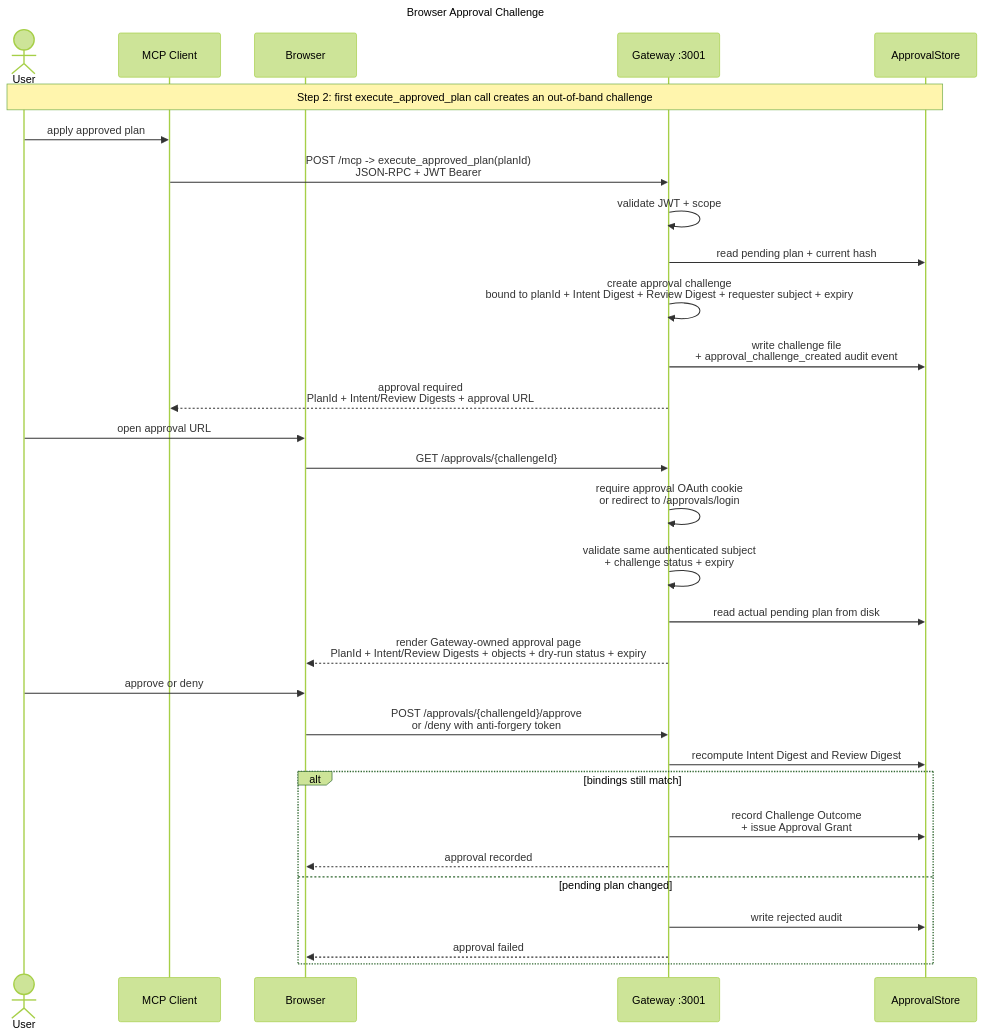
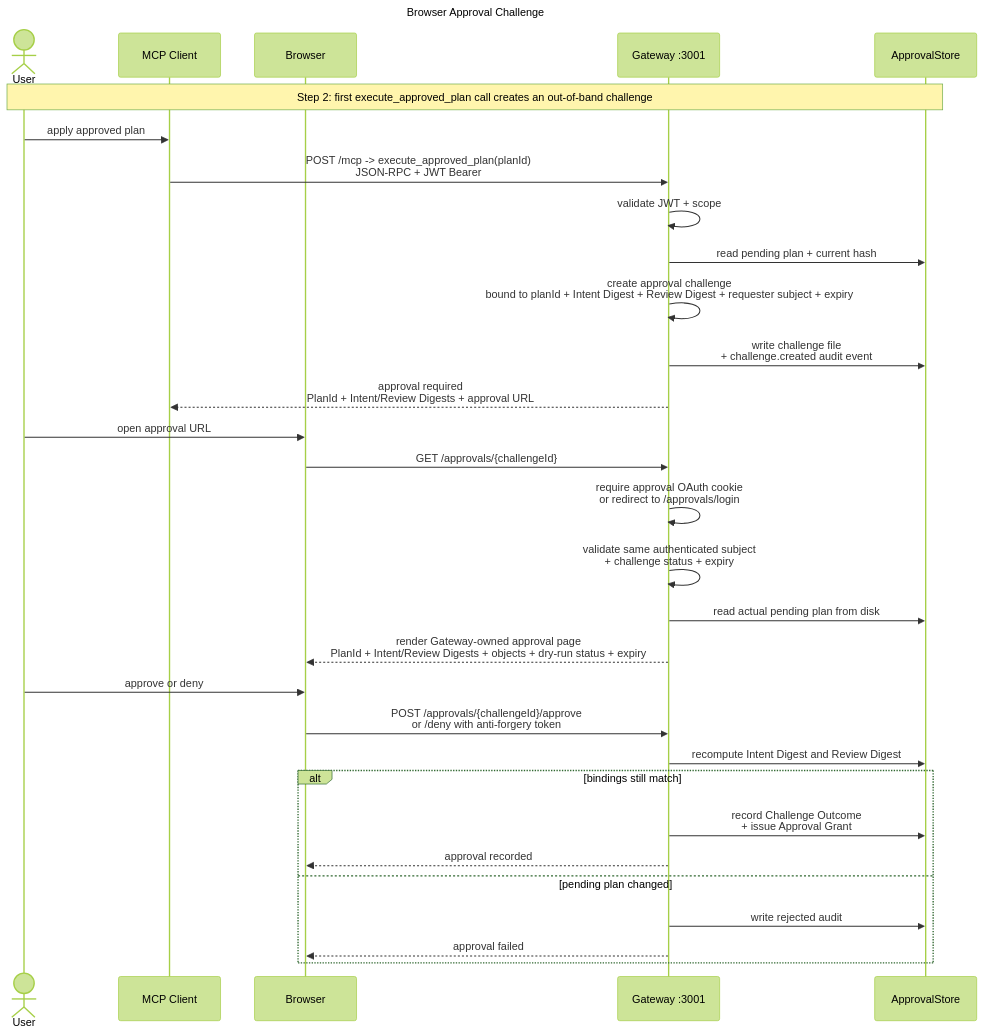
The fifth of 7 diagrams in docs/architecture.md (mirusser/Kubernetes-MCP-Guard), drawn with Mermaid (forest theme) before and after one commit. The commit also changed other lines of this file and 47 other files, not shown here.

Commit message:
feature:approval-flow drift mitigation

````diff
--- a/docs/architecture.md
+++ b/docs/architecture.md
@@ -219,39 +222,39 @@
 ```mermaid
 ---
 title: Browser Approval Challenge
 ---
 sequenceDiagram
     actor User
     participant Client as MCP Client
     participant Browser as Browser
     participant GW as Gateway :3001
     participant Store as ApprovalStore
 
     Note over User,Store: Step 2: first execute_approved_plan call creates an out-of-band challenge
 
     User->>Client: apply approved plan
     Client->>GW: POST /mcp -> execute_approved_plan(planId)<br/>JSON-RPC + JWT Bearer
     GW->>GW: validate JWT + scope
     GW->>Store: read pending plan + current hash
     GW->>GW: create approval challenge<br/>bound to planId + Intent Digest + Review Digest + requester subject + expiry
-    GW->>Store: write challenge file<br/>+ approval_challenge_created audit event
+    GW->>Store: write challenge file<br/>+ challenge.created audit event
     GW-->>Client: approval required<br/>PlanId + Intent/Review Digests + approval URL
 
     User->>Browser: open approval URL
     Browser->>GW: GET /approvals/{challengeId}
     GW->>GW: require approval OAuth cookie<br/>or redirect to /approvals/login
     GW->>GW: validate same authenticated subject<br/>+ challenge status + expiry
     GW->>Store: read actual pending plan from disk
     GW-->>Browser: render Gateway-owned approval page<br/>PlanId + Intent/Review Digests + objects + dry-run status + expiry
 
     User->>Browser: approve or deny
     Browser->>GW: POST /approvals/{challengeId}/approve<br/>or /deny with anti-forgery token
     GW->>Store: recompute Intent Digest and Review Digest
     alt bindings still match
         GW->>Store: record Challenge Outcome<br/>+ issue Approval Grant
         GW-->>Browser: approval recorded
     else pending plan changed
         GW->>Store: write rejected audit
         GW-->>Browser: approval failed
     end
 ```
````
